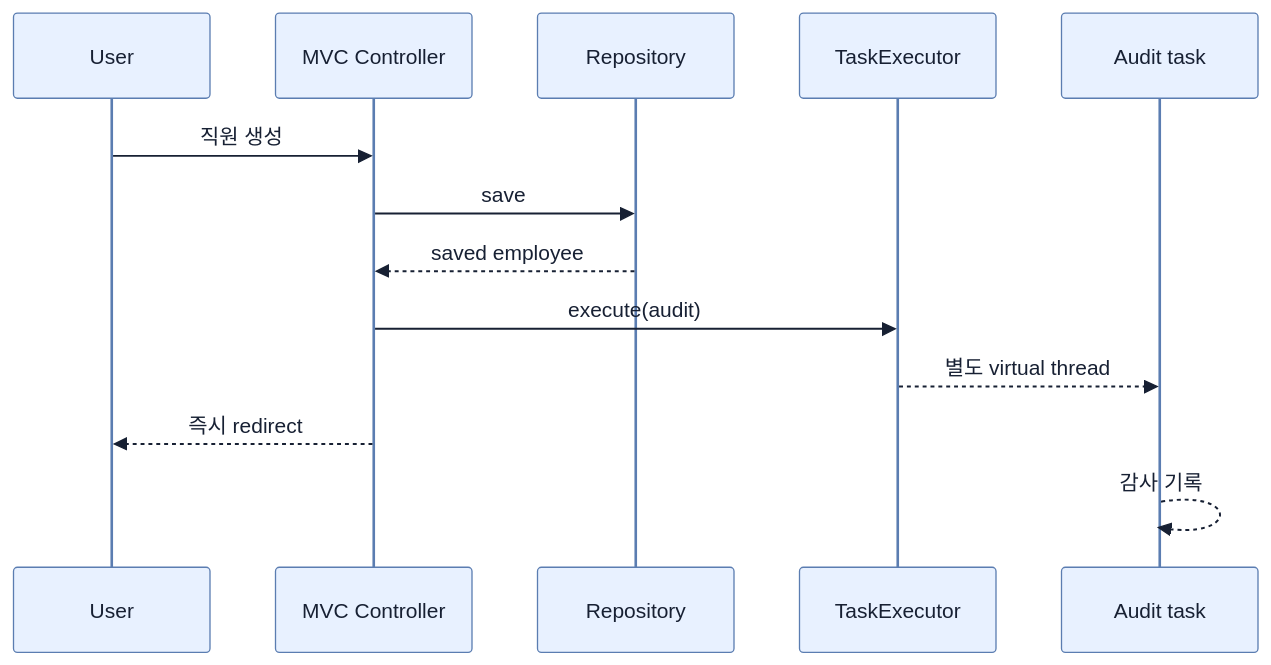
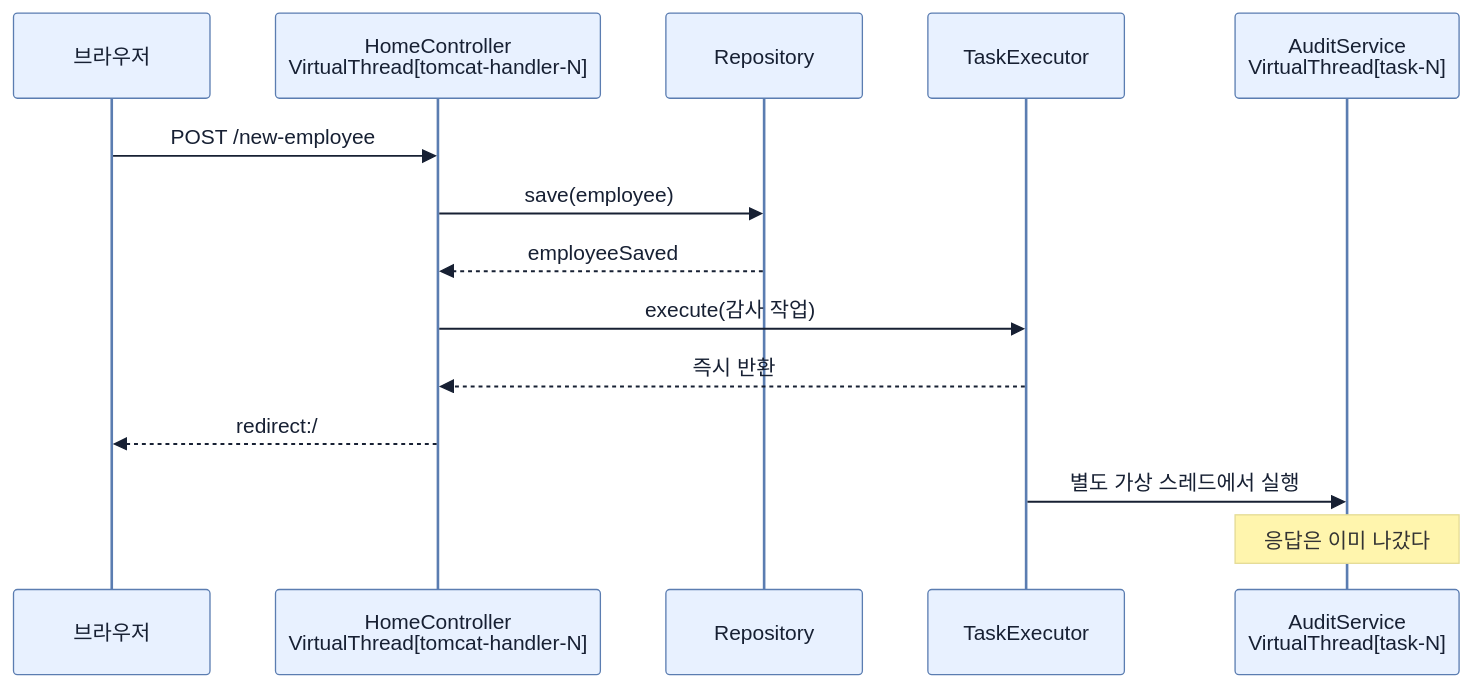
The second of 2 diagrams in spring-boot-4-pdf-notes/part-4-scaling-an-application-with-spring-boot/chapter-11-virtual-threads-in-java-and-spring-boot/03-integrating-virtual-threads-with-taskexecutor.md (sing-u8/Learning_Spring_Boot_4), drawn with Mermaid before and after one commit. The commit also changed other lines of this file and 253 other files, not shown here.

````diff
--- a/spring-boot-4-pdf-notes/part-4-scaling-an-application-with-spring-boot/chapter-11-virtual-threads-in-java-and-spring-boot/03-integrating-virtual-threads-with-taskexecutor.md
+++ b/spring-boot-4-pdf-notes/part-4-scaling-an-application-with-spring-boot/chapter-11-virtual-threads-in-java-and-spring-boot/03-integrating-virtual-threads-with-taskexecutor.md
@@ -41,16 +167,17 @@
 ```mermaid
 %%{init: {'theme': 'base', 'themeVariables': {'background': '#ffffff', 'primaryColor': '#e8f1ff', 'primaryTextColor': '#172033', 'primaryBorderColor': '#5b7db1', 'lineColor': '#52647a', 'secondaryColor': '#f7fbff', 'tertiaryColor': '#fff7df'}}}%%
 sequenceDiagram
-    participant U as User
-    participant C as MVC Controller
-    participant DB as Repository
-    participant E as TaskExecutor
-    participant A as Audit task
-    U->>C: 직원 생성
-    C->>DB: save
-    DB-->>C: saved employee
-    C->>E: execute(audit)
-    E-->>A: 별도 virtual thread
-    C-->>U: 즉시 redirect
-    A-->>A: 감사 기록
+    participant B as 브라우저
+    participant C as HomeController<br/>VirtualThread[tomcat-handler-N]
+    participant R as Repository
+    participant T as TaskExecutor
+    participant A as AuditService<br/>VirtualThread[task-N]
+    B->>C: POST /new-employee
+    C->>R: save(employee)
+    R-->>C: employeeSaved
+    C->>T: execute(감사 작업)
+    T-->>C: 즉시 반환
+    C-->>B: redirect:/
+    T->>A: 별도 가상 스레드에서 실행
+    Note over A: 응답은 이미 나갔다
 ```
````
